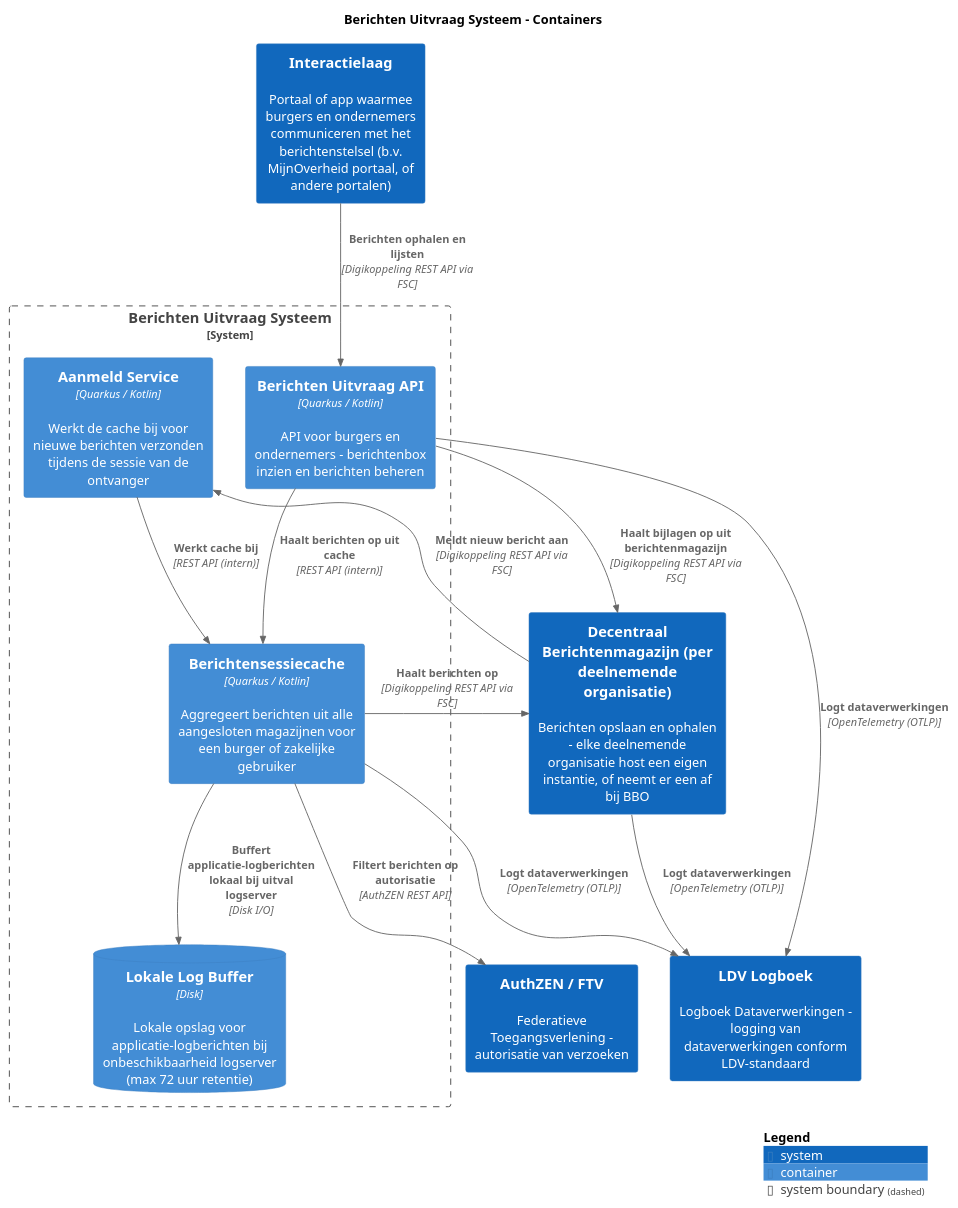
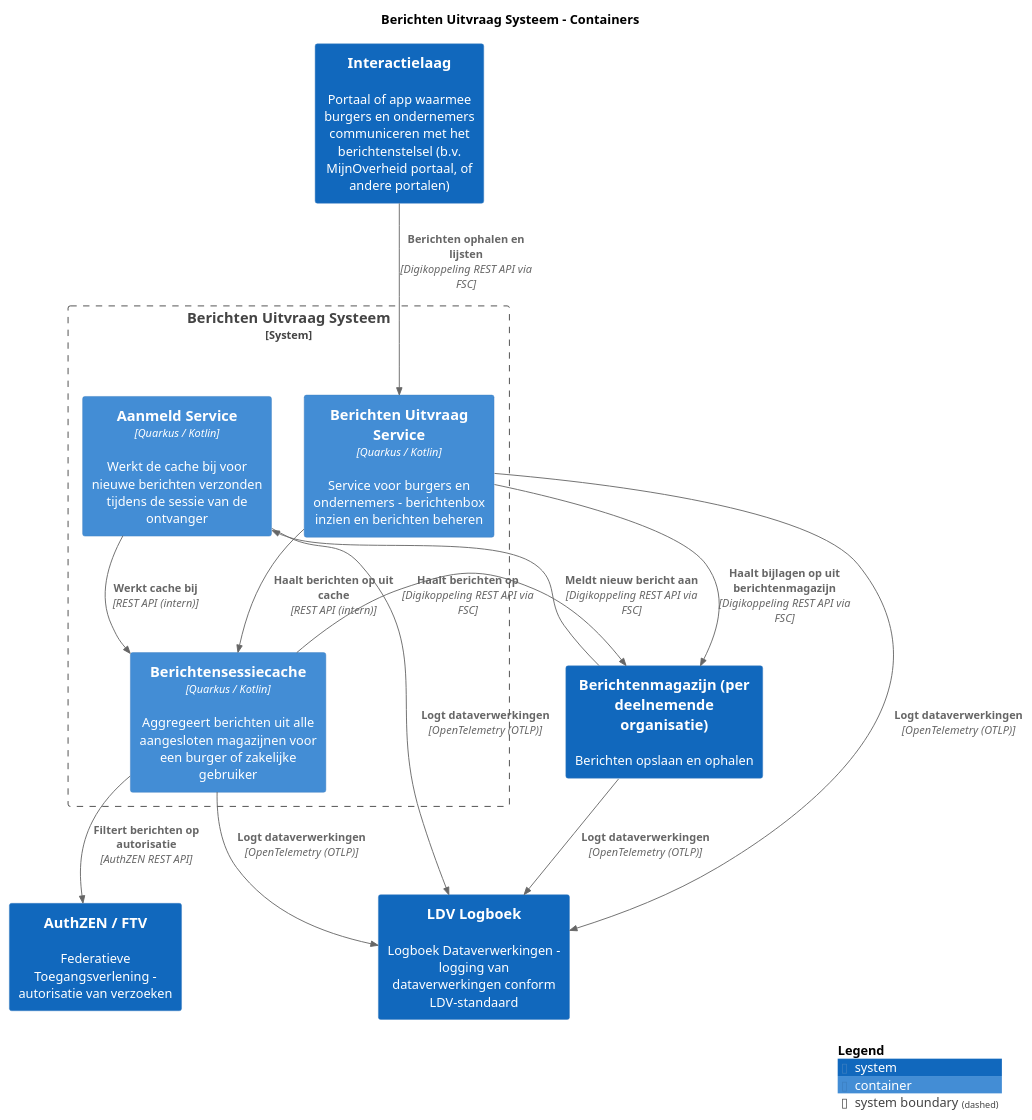
The diagram in pr-preview/pr-16/master/puml/BerichtenUitvraagSysteemContainers.puml (MinBZK/moza-poc-fbs-berichtenbox), drawn with PlantUML before and after one commit. The commit also changed 122 other files, not shown here.

```diff
--- a/pr-preview/pr-16/master/puml/BerichtenUitvraagSysteemContainers.puml
+++ b/pr-preview/pr-16/master/puml/BerichtenUitvraagSysteemContainers.puml
@@ -1,36 +1,35 @@
 @startuml
 set separator none
 title Berichten Uitvraag Systeem - Containers
 
 top to bottom direction
 
 !include <C4/C4>
 !include <C4/C4_Context>
 !include <C4/C4_Container>
 
 System(AuthZENFTV, "AuthZEN / FTV", $descr="Federatieve Toegangsverlening - autorisatie van verzoeken", $tags="", $link="")
 System(Interactielaag, "Interactielaag", $descr="Portaal of app waarmee burgers en ondernemers communiceren met het berichtenstelsel (b.v. MijnOverheid portaal, of andere portalen)", $tags="", $link="")
-System(DecentraalBerichtenmagazijnperdeelnemendeorganisatie, "Decentraal Berichtenmagazijn (per deelnemende organisatie)", $descr="Berichten opslaan en ophalen - elke deelnemende organisatie host een eigen instantie, of neemt er een af bij BBO", $tags="", $link="")
+System(Berichtenmagazijnperdeelnemendeorganisatie, "Berichtenmagazijn (per deelnemende organisatie)", $descr="Berichten opslaan en ophalen", $tags="", $link="")
 System(LDVLogboek, "LDV Logboek", $descr="Logboek Dataverwerkingen - logging van dataverwerkingen conform LDV-standaard", $tags="", $link="")
 
 System_Boundary("BerichtenUitvraagSysteem_boundary", "Berichten Uitvraag Systeem", $tags="") {
-  ContainerDb(BerichtenUitvraagSysteem.LokaleLogBuffer, "Lokale Log Buffer", $techn="Disk", $descr="Lokale opslag voor applicatie-logberichten bij onbeschikbaarheid logserver (max 72 uur retentie)", $tags="", $link="")
   Container(BerichtenUitvraagSysteem.Berichtensessiecache, "Berichtensessiecache", $techn="Quarkus / Kotlin", $descr="Aggregeert berichten uit alle aangesloten magazijnen voor een burger of zakelijke gebruiker", $tags="", $link="")
-  Container(BerichtenUitvraagSysteem.BerichtenUitvraagAPI, "Berichten Uitvraag API", $techn="Quarkus / Kotlin", $descr="API voor burgers en ondernemers - berichtenbox inzien en berichten beheren", $tags="", $link="")
+  Container(BerichtenUitvraagSysteem.BerichtenUitvraagService, "Berichten Uitvraag Service", $techn="Quarkus / Kotlin", $descr="Service voor burgers en ondernemers - berichtenbox inzien en berichten beheren", $tags="", $link="")
   Container(BerichtenUitvraagSysteem.AanmeldService, "Aanmeld Service", $techn="Quarkus / Kotlin", $descr="Werkt de cache bij voor nieuwe berichten verzonden tijdens de sessie van de ontvanger", $tags="", $link="")
 }
 
 Rel(BerichtenUitvraagSysteem.Berichtensessiecache, LDVLogboek, "Logt dataverwerkingen", $techn="OpenTelemetry (OTLP)", $tags="", $link="")
-Rel(BerichtenUitvraagSysteem.BerichtenUitvraagAPI, LDVLogboek, "Logt dataverwerkingen", $techn="OpenTelemetry (OTLP)", $tags="", $link="")
+Rel(BerichtenUitvraagSysteem.AanmeldService, LDVLogboek, "Logt dataverwerkingen", $techn="OpenTelemetry (OTLP)", $tags="", $link="")
+Rel(BerichtenUitvraagSysteem.BerichtenUitvraagService, LDVLogboek, "Logt dataverwerkingen", $techn="OpenTelemetry (OTLP)", $tags="", $link="")
 Rel(BerichtenUitvraagSysteem.AanmeldService, BerichtenUitvraagSysteem.Berichtensessiecache, "Werkt cache bij", $techn="REST API (intern)", $tags="", $link="")
-Rel(BerichtenUitvraagSysteem.BerichtenUitvraagAPI, BerichtenUitvraagSysteem.Berichtensessiecache, "Haalt berichten op uit cache", $techn="REST API (intern)", $tags="", $link="")
-Rel(BerichtenUitvraagSysteem.Berichtensessiecache, BerichtenUitvraagSysteem.LokaleLogBuffer, "Buffert applicatie-logberichten lokaal bij uitval logserver", $techn="Disk I/O", $tags="", $link="")
-Rel(Interactielaag, BerichtenUitvraagSysteem.BerichtenUitvraagAPI, "Berichten ophalen en lijsten", $techn="Digikoppeling REST API via FSC", $tags="", $link="")
-Rel(BerichtenUitvraagSysteem.BerichtenUitvraagAPI, DecentraalBerichtenmagazijnperdeelnemendeorganisatie, "Haalt bijlagen op uit berichtenmagazijn", $techn="Digikoppeling REST API via FSC", $tags="", $link="")
-Rel(DecentraalBerichtenmagazijnperdeelnemendeorganisatie, BerichtenUitvraagSysteem.AanmeldService, "Meldt nieuw bericht aan", $techn="Digikoppeling REST API via FSC", $tags="", $link="")
+Rel(BerichtenUitvraagSysteem.BerichtenUitvraagService, BerichtenUitvraagSysteem.Berichtensessiecache, "Haalt berichten op uit cache", $techn="REST API (intern)", $tags="", $link="")
+Rel(Interactielaag, BerichtenUitvraagSysteem.BerichtenUitvraagService, "Berichten ophalen en lijsten", $techn="Digikoppeling REST API via FSC", $tags="", $link="")
+Rel(BerichtenUitvraagSysteem.BerichtenUitvraagService, Berichtenmagazijnperdeelnemendeorganisatie, "Haalt bijlagen op uit berichtenmagazijn", $techn="Digikoppeling REST API via FSC", $tags="", $link="")
+Rel(Berichtenmagazijnperdeelnemendeorganisatie, BerichtenUitvraagSysteem.AanmeldService, "Meldt nieuw bericht aan", $techn="Digikoppeling REST API via FSC", $tags="", $link="")
 Rel(BerichtenUitvraagSysteem.Berichtensessiecache, AuthZENFTV, "Filtert berichten op autorisatie", $techn="AuthZEN REST API", $tags="", $link="")
-Rel(BerichtenUitvraagSysteem.Berichtensessiecache, DecentraalBerichtenmagazijnperdeelnemendeorganisatie, "Haalt berichten op", $techn="Digikoppeling REST API via FSC", $tags="", $link="")
-Rel(DecentraalBerichtenmagazijnperdeelnemendeorganisatie, LDVLogboek, "Logt dataverwerkingen", $techn="OpenTelemetry (OTLP)", $tags="", $link="")
+Rel(BerichtenUitvraagSysteem.Berichtensessiecache, Berichtenmagazijnperdeelnemendeorganisatie, "Haalt berichten op", $techn="Digikoppeling REST API via FSC", $tags="", $link="")
+Rel(Berichtenmagazijnperdeelnemendeorganisatie, LDVLogboek, "Logt dataverwerkingen", $techn="OpenTelemetry (OTLP)", $tags="", $link="")
 
 SHOW_LEGEND(true)
 @enduml
```
